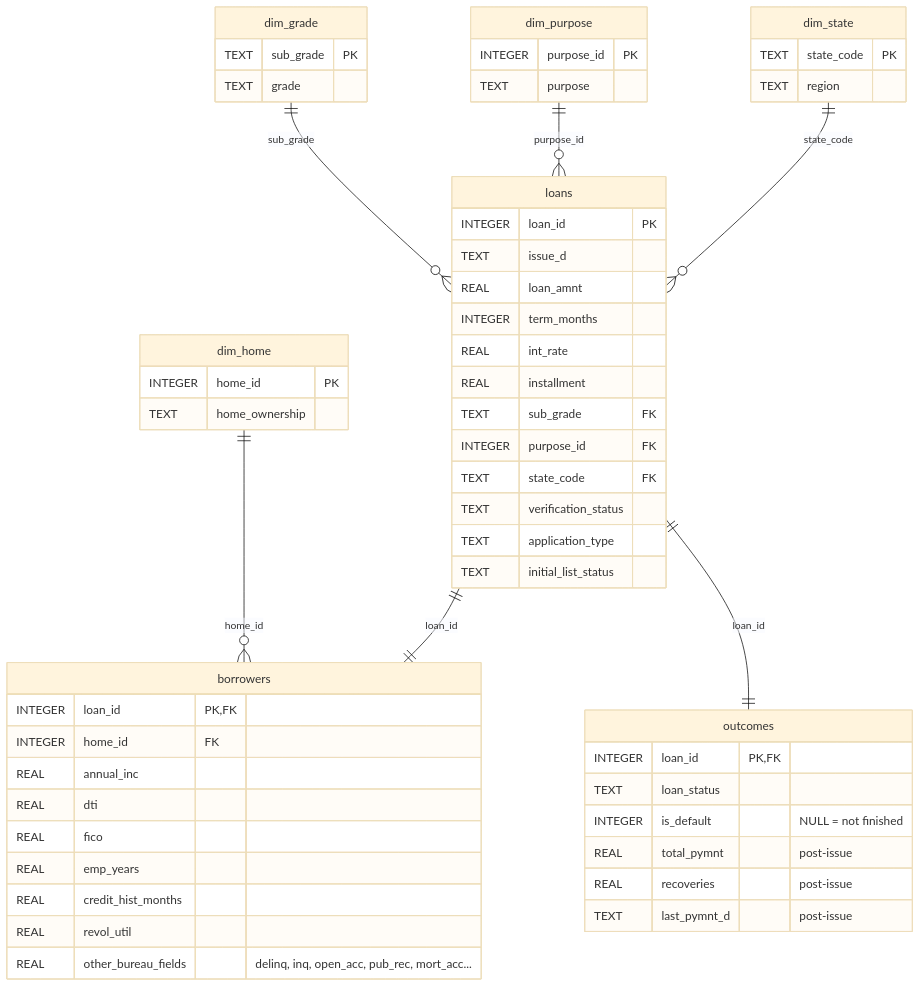
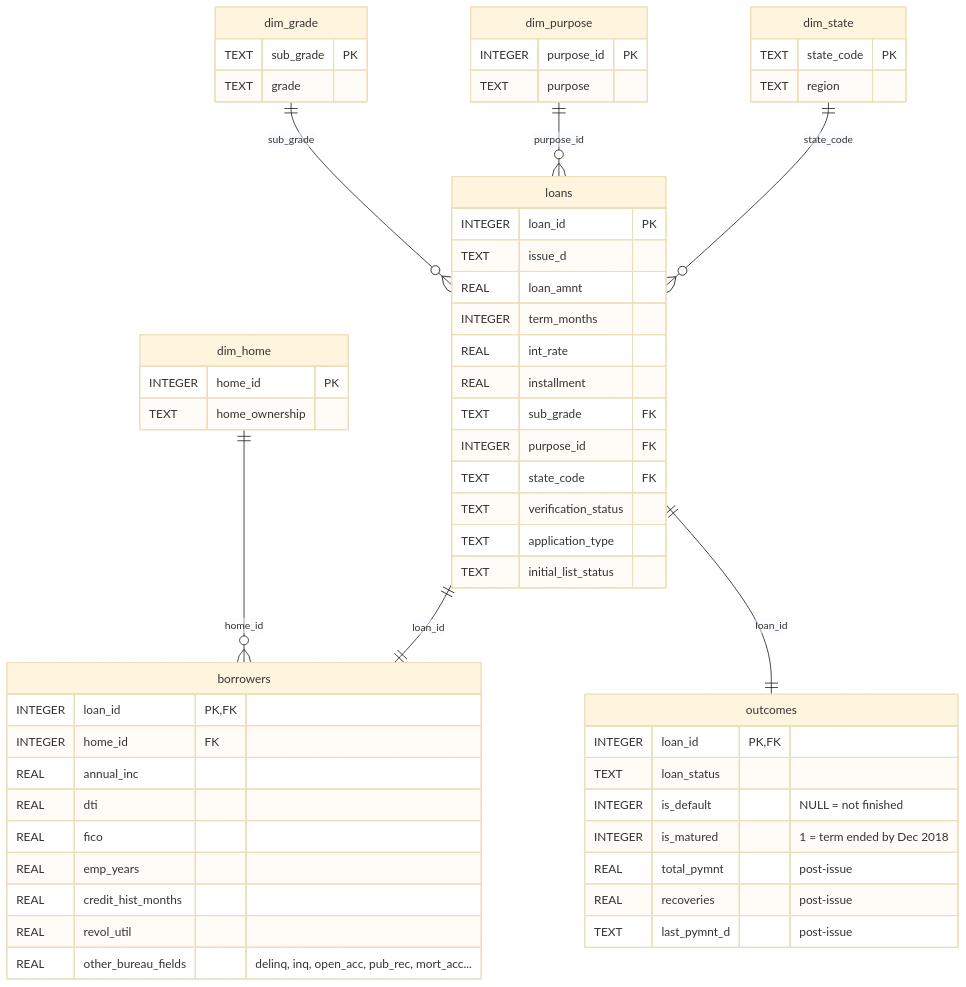
The diagram in docs/er_diagram.mmd (yersaa/Loan_default_prediction), drawn with Mermaid (base theme) before and after one commit. The commit also changed 76 other files, not shown here.

```diff
--- a/docs/er_diagram.mmd
+++ b/docs/er_diagram.mmd
@@ -1,43 +1,44 @@
 erDiagram
     dim_grade   ||--o{ loans : "sub_grade"
     dim_purpose ||--o{ loans : "purpose_id"
     dim_state   ||--o{ loans : "state_code"
     dim_home    ||--o{ borrowers : "home_id"
     loans       ||--|| borrowers : "loan_id"
     loans       ||--|| outcomes : "loan_id"
 
     dim_grade   { TEXT sub_grade PK
                   TEXT grade }
     dim_purpose { INTEGER purpose_id PK
                   TEXT purpose }
     dim_state   { TEXT state_code PK
                   TEXT region }
     dim_home    { INTEGER home_id PK
                   TEXT home_ownership }
     loans       { INTEGER loan_id PK
                   TEXT issue_d
                   REAL loan_amnt
                   INTEGER term_months
                   REAL int_rate
                   REAL installment
                   TEXT sub_grade FK
                   INTEGER purpose_id FK
                   TEXT state_code FK
                   TEXT verification_status
                   TEXT application_type
                   TEXT initial_list_status }
     borrowers   { INTEGER loan_id PK,FK
                   INTEGER home_id FK
                   REAL annual_inc
                   REAL dti
                   REAL fico
                   REAL emp_years
                   REAL credit_hist_months
                   REAL revol_util
                   REAL other_bureau_fields "delinq, inq, open_acc, pub_rec, mort_acc..." }
     outcomes    { INTEGER loan_id PK,FK
                   TEXT loan_status
                   INTEGER is_default "NULL = not finished"
+                  INTEGER is_matured "1 = term ended by Dec 2018"
                   REAL total_pymnt "post-issue"
                   REAL recoveries "post-issue"
                   TEXT last_pymnt_d "post-issue" }
```
